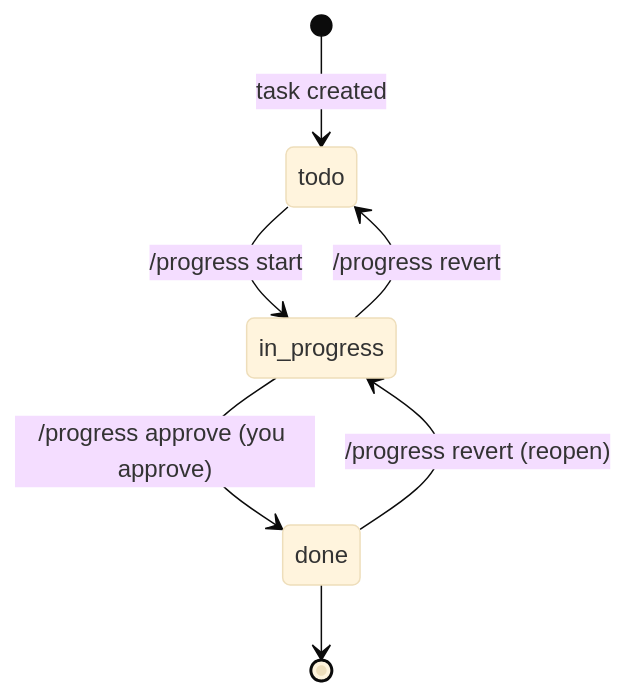
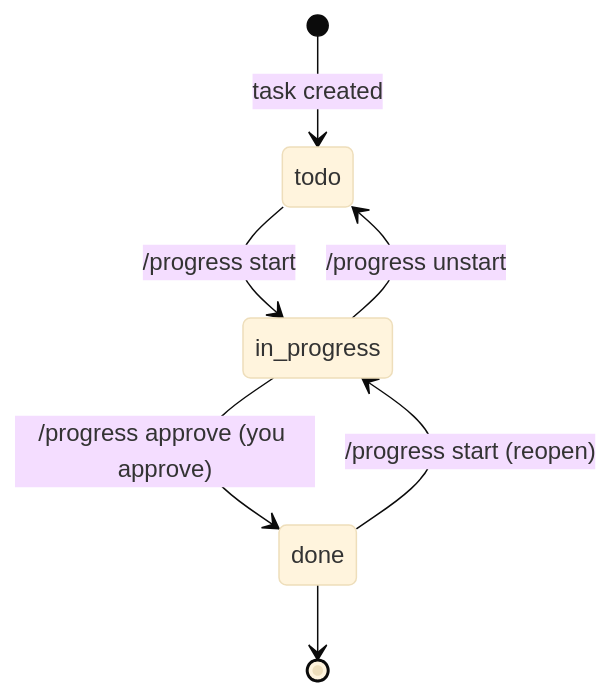
The fourth of 7 diagrams in plugins/taskflow/USER_GUIDE.md (gigamori/ai-agent-toolkit), drawn with Mermaid (base theme) before and after one commit. The commit also changed other lines of this file and 13 other files, not shown here.

First line of the commit message:
fix(taskflow): state-goal /progress router; drop revert vocabulary (revert-skill collision)

````diff
--- a/plugins/taskflow/USER_GUIDE.md
+++ b/plugins/taskflow/USER_GUIDE.md
@@ -124,9 +124,9 @@
 ```mermaid
 stateDiagram-v2
     [*] --> todo: task created
     todo --> in_progress: /progress start
     in_progress --> done: /progress approve (you approve)
-    in_progress --> todo: /progress revert
-    done --> in_progress: /progress revert (reopen)
+    in_progress --> todo: /progress unstart
+    done --> in_progress: /progress start (reopen)
     done --> [*]
 ```
````
